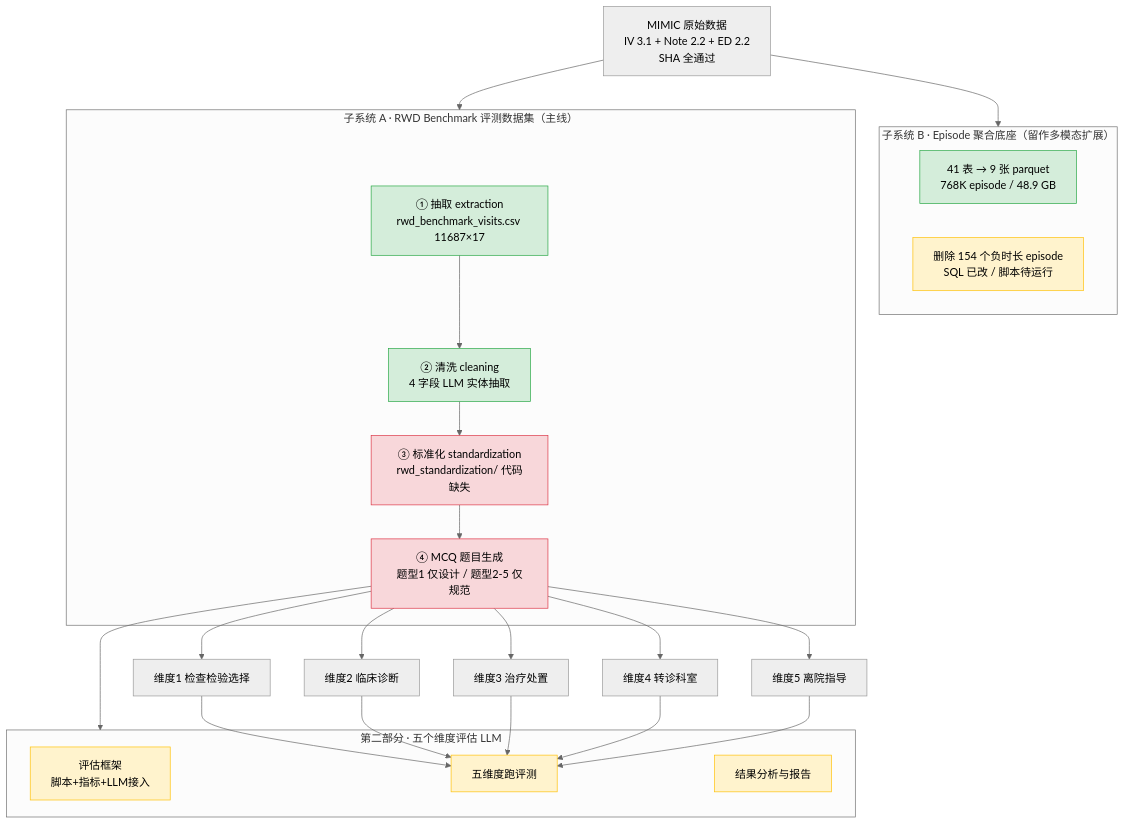
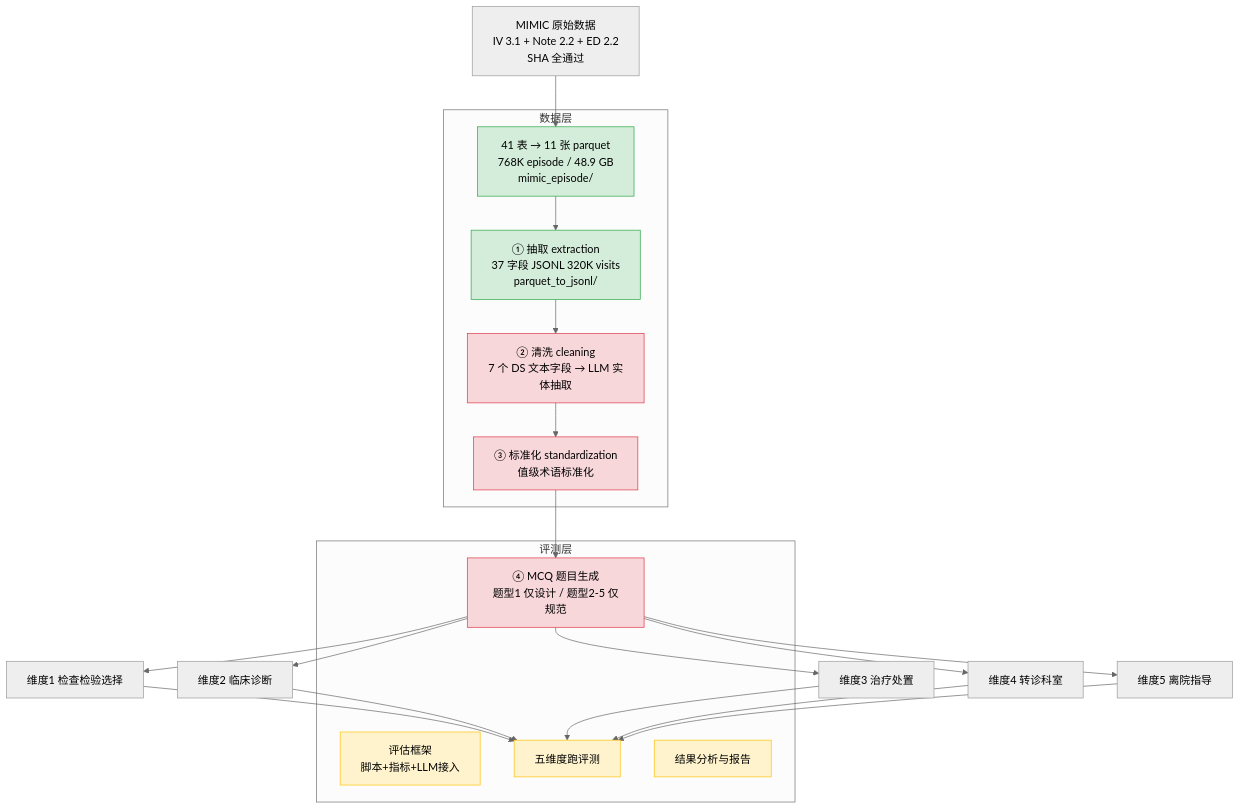
One commit to wangyaobupt/llm_benchmark changed the diagram in docs/项目流程梳理与推进计划.md. Above: the diagram before and after it, drawn with Mermaid (neutral theme). The commit also changed other lines of this file and 2 other files, not shown here.

````diff
--- a/docs/项目流程梳理与推进计划.md
+++ b/docs/项目流程梳理与推进计划.md
@@ -22,40 +25,37 @@
 ```mermaid
 flowchart TD
     RAW["MIMIC 原始数据<br/>IV 3.1 + Note 2.2 + ED 2.2<br/>SHA 全通过"]
 
-    subgraph LINEB["子系统 B · Episode 聚合底座（留作多模态扩展）"]
-        B1["41 表 → 9 张 parquet<br/>768K episode / 48.9 GB"]:::done
-        B2["删除 154 个负时长 episode<br/>SQL 已改 / 脚本待运行"]:::todo
+    subgraph DATA["数据层"]
+        D0["41 表 → 11 张 parquet<br/>768K episode / 48.9 GB<br/>mimic_episode/"]:::done
+        D1["① 抽取 extraction<br/>37 字段 JSONL 320K visits<br/>parquet_to_jsonl/"]:::done
+        D2["② 清洗 cleaning<br/>7 个 DS 文本字段 → LLM 实体抽取"]:::block
+        D3["③ 标准化 standardization<br/>值级术语标准化"]:::block
     end
 
-    subgraph LINEA["子系统 A · RWD Benchmark 评测数据集（主线）"]
-        A1["① 抽取 extraction<br/>rwd_benchmark_visits.csv 11687×17"]:::done
-        A2["② 清洗 cleaning<br/>4 字段 LLM 实体抽取"]:::done
-        A3["③ 标准化 standardization<br/>rwd_standardization/ 代码缺失"]:::block
-        A4["④ MCQ 题目生成<br/>题型1 仅设计 / 题型2-5 仅规范"]:::block
-    end
-
-    subgraph EVAL["第二部分 · 五个维度评估 LLM"]
+    subgraph EVAL["评测层"]
+        E0["④ MCQ 题目生成<br/>题型1 仅设计 / 题型2-5 仅规范"]:::block
         E1["评估框架<br/>脚本+指标+LLM接入"]:::todo
         E2["五维度跑评测"]:::todo
         E3["结果分析与报告"]:::todo
     end
 
-    RAW --> LINEB
-    RAW --> LINEA
-    A1 --> A2 --> A3 --> A4 --> EVAL
-    A4 --> Q1["维度1 检查检验选择"]
-    A4 --> Q2["维度2 临床诊断"]
-    A4 --> Q3["维度3 治疗处置"]
-    A4 --> Q4["维度4 转诊科室"]
-    A4 --> Q5["维度5 离院指导"]
+    RAW --> D0
+    D0 --> D1
+    D1 --> D2 --> D3
+    D3 --> E0
+    E0 --> Q1["维度1 检查检验选择"]
+    E0 --> Q2["维度2 临床诊断"]
+    E0 --> Q3["维度3 治疗处置"]
+    E0 --> Q4["维度4 转诊科室"]
+    E0 --> Q5["维度5 离院指导"]
     Q1 --> E2
     Q2 --> E2
     Q3 --> E2
     Q4 --> E2
     Q5 --> E2
 
     classDef done fill:#d4edda,stroke:#28a745
     classDef block fill:#f8d7da,stroke:#dc3545
     classDef todo fill:#fff3cd,stroke:#ffc107
 ```
````
